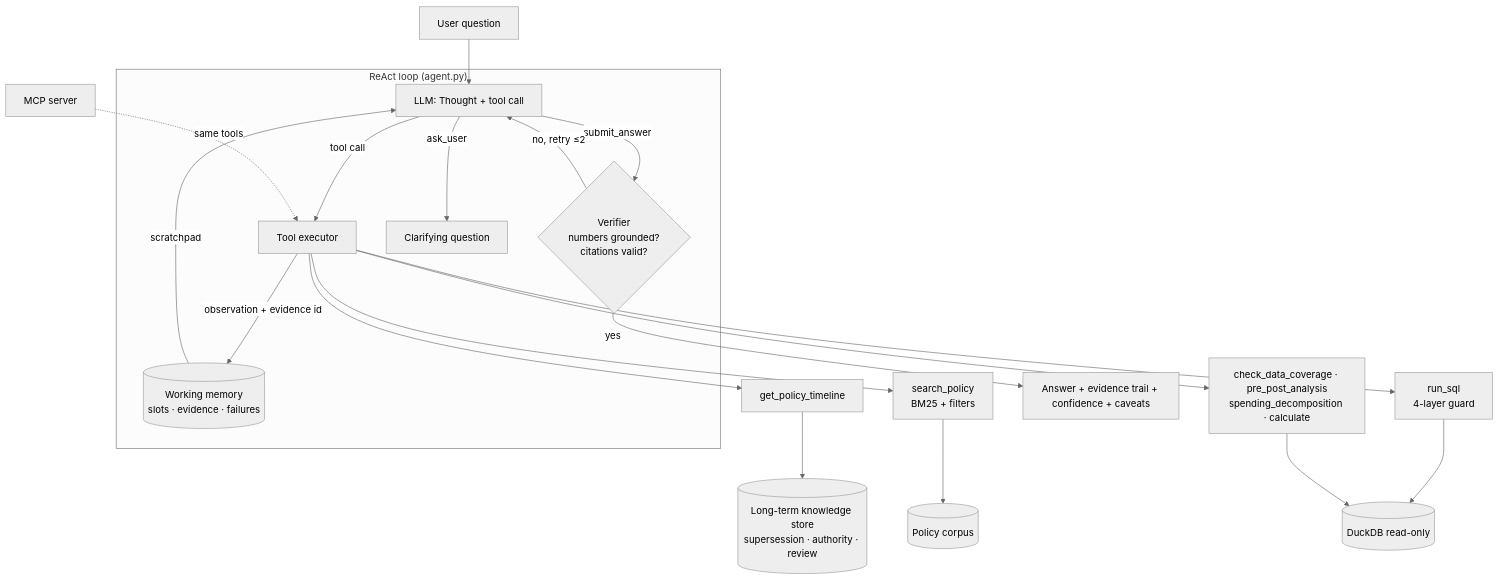
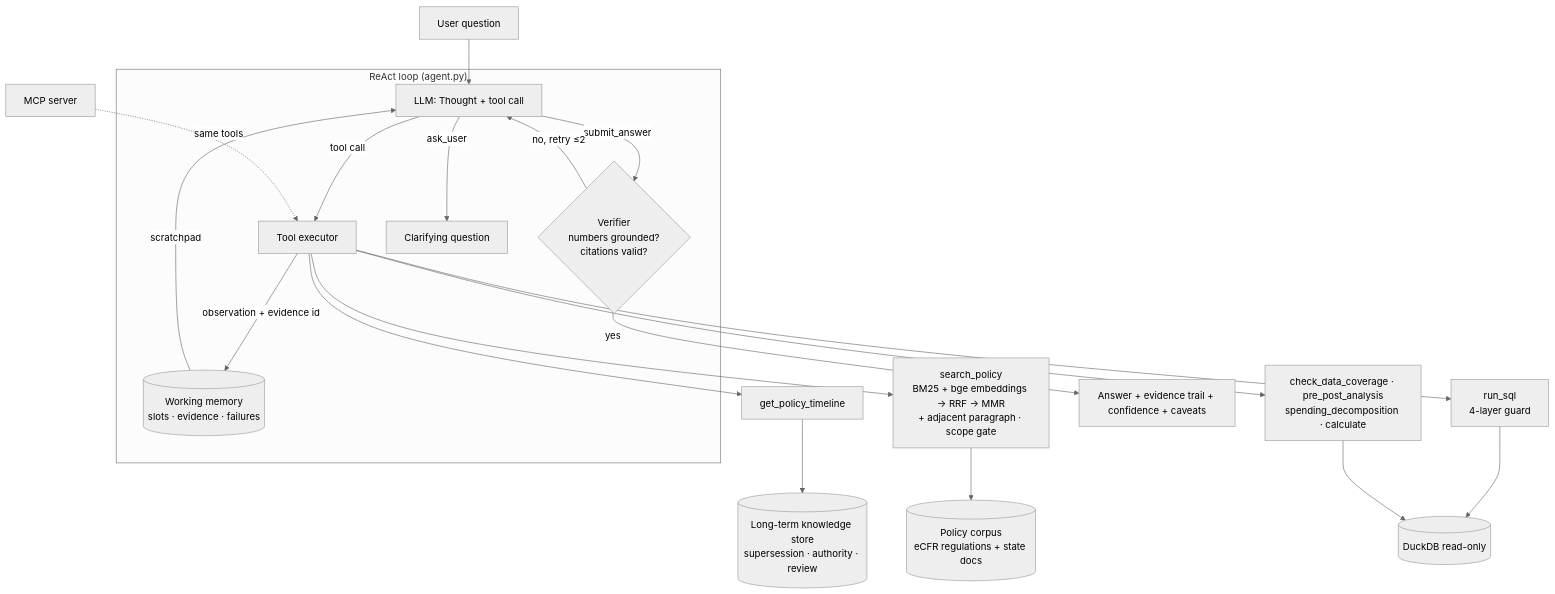
One commit to Frank4001/medicaidiq changed the diagram in README.md. Above: the diagram before and after it, drawn with Mermaid (neutral theme). The commit also changed other lines of this file and 39 other files, not shown here.

First line of the commit message:
Week 3: hybrid RAG over real eCFR regulations; 14/14 live eval

````diff
--- a/README.md
+++ b/README.md
@@ -29,18 +29,18 @@
 ```mermaid
 flowchart TD
     Q[User question] --> L
     subgraph Agent["ReAct loop (agent.py)"]
         L[LLM: Thought + tool call] -->|tool call| X[Tool executor]
         X -->|observation + evidence id| WM[(Working memory<br/>slots · evidence · failures)]
         WM -->|scratchpad| L
         L -->|submit_answer| V{Verifier<br/>numbers grounded?<br/>citations valid?}
         V -->|no, retry ≤2| L
         L -->|ask_user| C[Clarifying question]
     end
     X --> T1[get_policy_timeline] --> KS[(Long-term knowledge store<br/>supersession · authority · review)]
-    X --> T2[search_policy<br/>BM25 + filters] --> DOCS[(Policy corpus)]
+    X --> T2[search_policy<br/>BM25 + bge embeddings → RRF → MMR<br/>+ adjacent paragraph · scope gate] --> DOCS[(Policy corpus<br/>eCFR regulations + state docs)]
     X --> T3[run_sql<br/>4-layer guard] --> DB[(DuckDB read-only)]
     X --> T4[check_data_coverage · pre_post_analysis<br/>spending_decomposition · calculate] --> DB
     V -->|yes| A[Answer + evidence trail + confidence + caveats]
     MCP[MCP server] -.same tools.-> X
 ```
````
